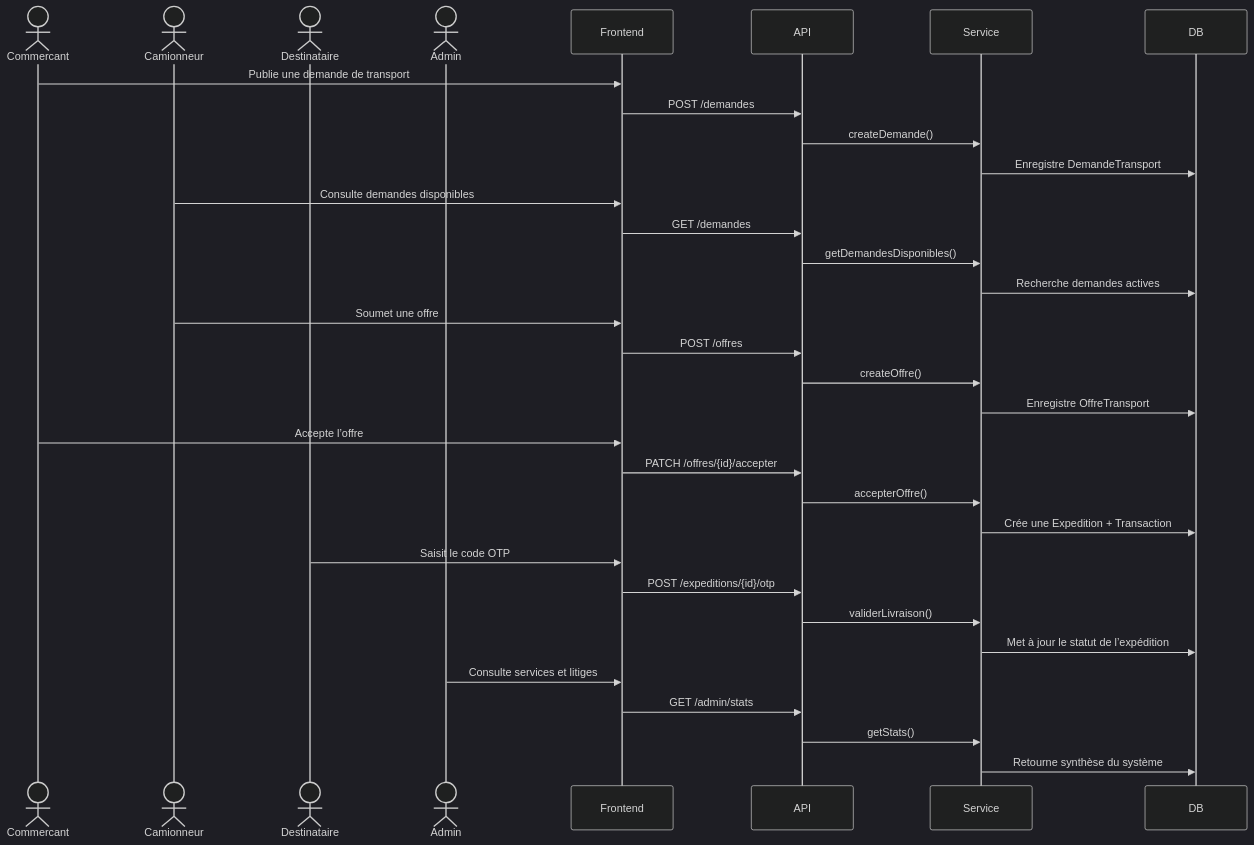
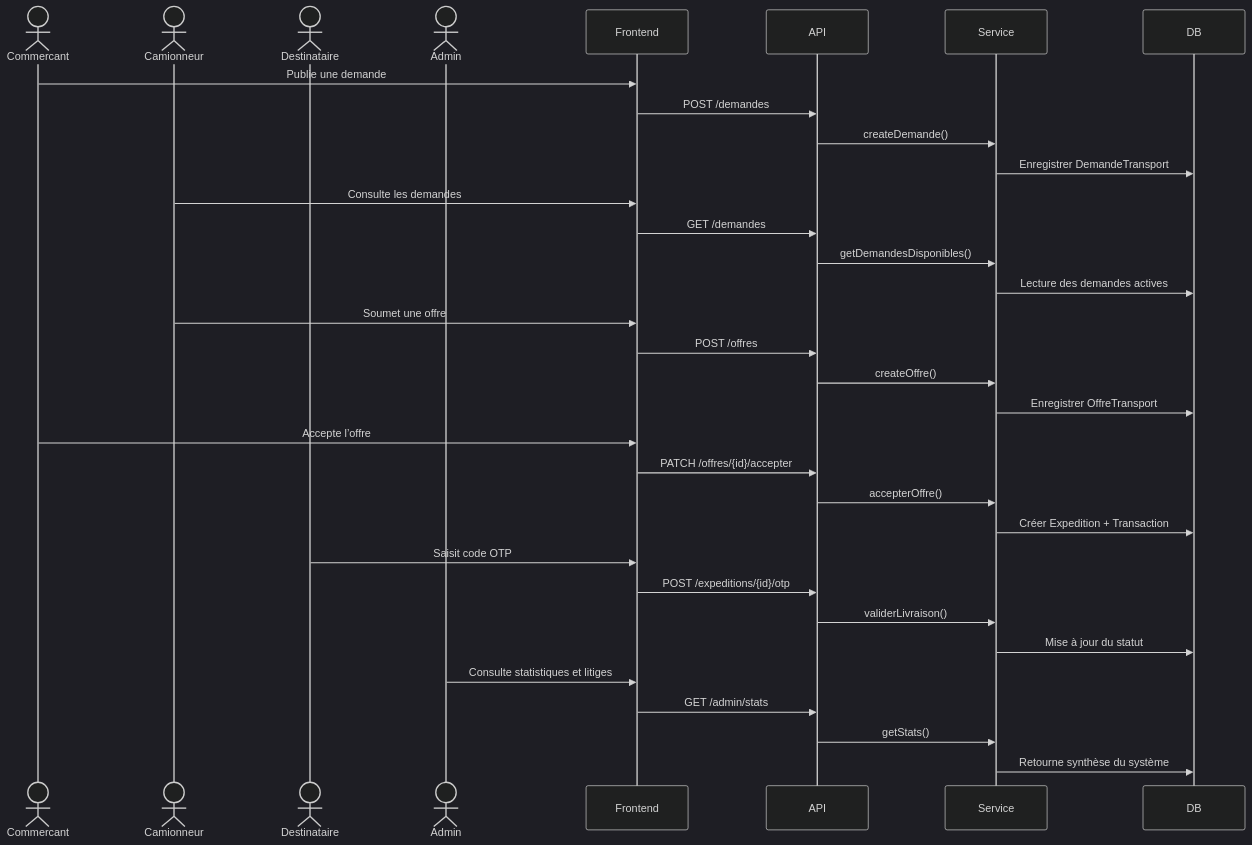
Before and after one commit to Collesyll0607/e-depot-plateforme: the fourth of 5 diagrams in docs/architecture-technique.md, drawn with Mermaid (dark theme). The commit also changed other lines of this file, not shown here.

Commit message:
Version rapport de documentation technique et architecture du projet E-Dépôt

````diff
--- a/docs/architecture-technique.md
+++ b/docs/architecture-technique.md
@@ -135,41 +191,41 @@
 ```mermaid
 sequenceDiagram
     actor Commercant
     actor Camionneur
     actor Destinataire
     actor Admin
     participant Frontend
     participant API
     participant Service
     participant DB
 
-    Commercant->>Frontend: Publie une demande de transport
+    Commercant->>Frontend: Publie une demande
     Frontend->>API: POST /demandes
     API->>Service: createDemande()
-    Service->>DB: Enregistre DemandeTransport
+    Service->>DB: Enregistrer DemandeTransport
 
-    Camionneur->>Frontend: Consulte demandes disponibles
+    Camionneur->>Frontend: Consulte les demandes
     Frontend->>API: GET /demandes
     API->>Service: getDemandesDisponibles()
-    Service->>DB: Recherche demandes actives
+    Service->>DB: Lecture des demandes actives
 
     Camionneur->>Frontend: Soumet une offre
     Frontend->>API: POST /offres
     API->>Service: createOffre()
-    Service->>DB: Enregistre OffreTransport
+    Service->>DB: Enregistrer OffreTransport
 
     Commercant->>Frontend: Accepte l’offre
     Frontend->>API: PATCH /offres/{id}/accepter
     API->>Service: accepterOffre()
-    Service->>DB: Crée une Expedition + Transaction
+    Service->>DB: Créer Expedition + Transaction
 
-    Destinataire->>Frontend: Saisit le code OTP
+    Destinataire->>Frontend: Saisit code OTP
     Frontend->>API: POST /expeditions/{id}/otp
     API->>Service: validerLivraison()
-    Service->>DB: Met à jour le statut de l’expédition
+    Service->>DB: Mise à jour du statut
 
-    Admin->>Frontend: Consulte services et litiges
+    Admin->>Frontend: Consulte statistiques et litiges
     Frontend->>API: GET /admin/stats
     API->>Service: getStats()
     Service->>DB: Retourne synthèse du système
 ```
````
